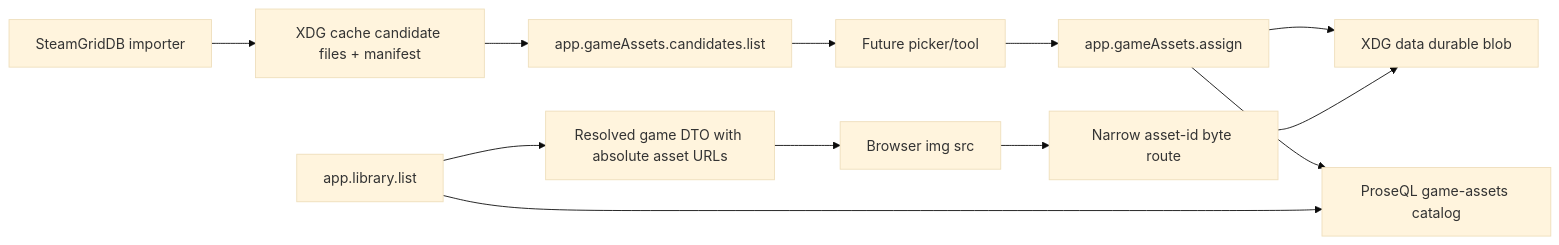
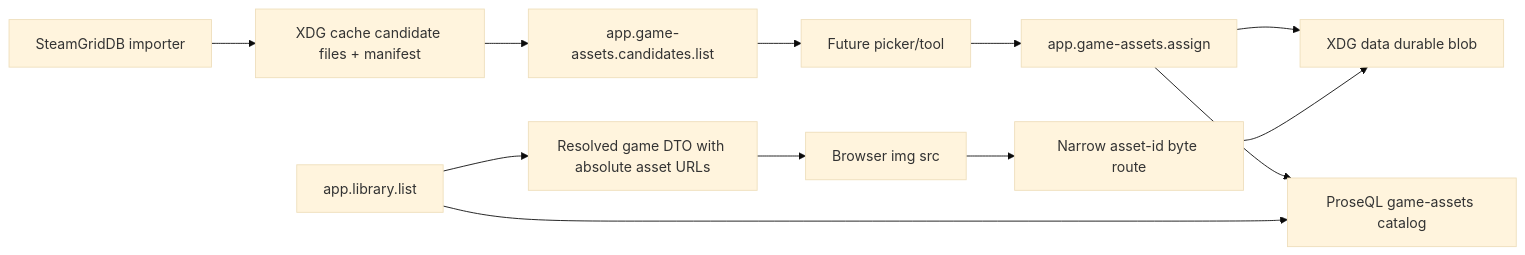
One commit to simonwjackson/korri changed the diagram in docs/plans/2026-05-24-001-feat-game-assets-pipeline-plan.md. Above: the diagram before and after it, drawn with Mermaid (base theme). The commit also changed other lines of this file and 20 other files, not shown here.

First line of the commit message:
refactor(game-assets): kebab keys and lazy base URL

````diff
--- a/docs/plans/2026-05-24-001-feat-game-assets-pipeline-plan.md
+++ b/docs/plans/2026-05-24-001-feat-game-assets-pipeline-plan.md
@@ -169,14 +169,14 @@
 ```mermaid
 flowchart LR
   SGDB[SteamGridDB importer] --> Cache[XDG cache candidate files + manifest]
-  Cache --> CandidateRPC[app.gameAssets.candidates.list]
+  Cache --> CandidateRPC[app.game-assets.candidates.list]
   CandidateRPC --> Picker[Future picker/tool]
-  Picker --> AssignRPC[app.gameAssets.assign]
+  Picker --> AssignRPC[app.game-assets.assign]
   AssignRPC --> Durable[XDG data durable blob]
   AssignRPC --> Catalog[ProseQL game-assets catalog]
   Library[app.library.list] --> Catalog
   Library --> Resolved[Resolved game DTO with absolute asset URLs]
   Resolved --> Img[Browser img src]
   Img --> Bytes[Narrow asset-id byte route]
   Bytes --> Durable
 ```
````
